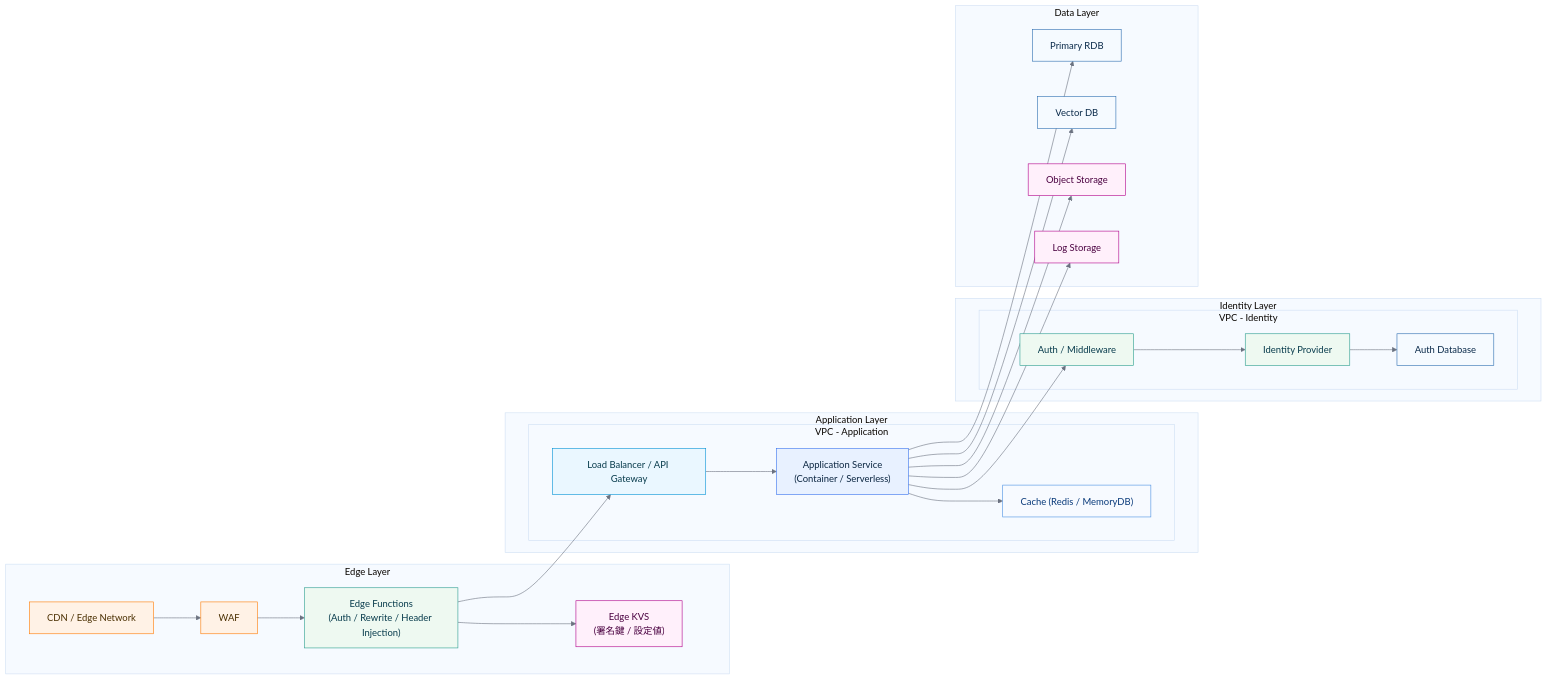
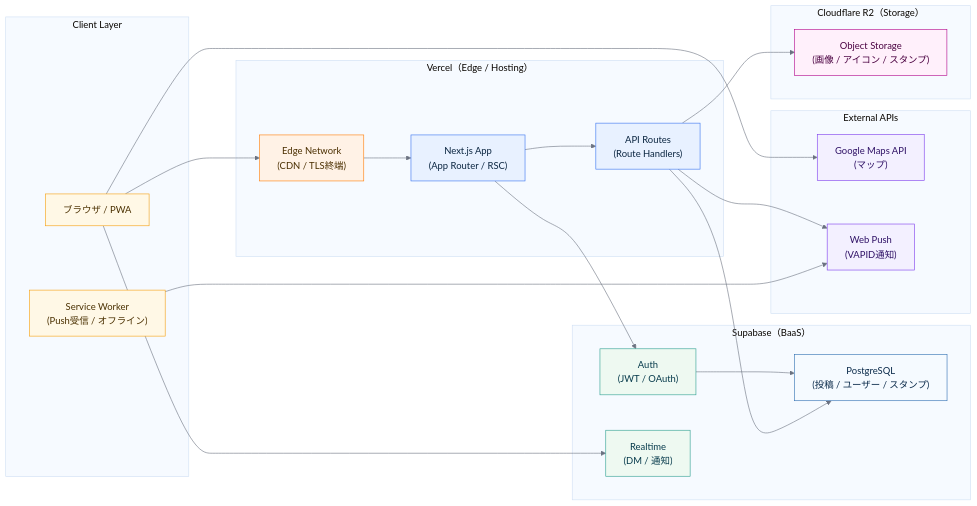
The diagram in docs/07_infrastructure.md (jyogi-web/Jyogi_SNS), drawn with Mermaid before and after one commit. The commit also changed other lines of this file, not shown here.

````diff
--- a/docs/07_infrastructure.md
+++ b/docs/07_infrastructure.md
@@ -20,72 +33,69 @@
 flowchart LR
 
     %% =======================
-    %% Edge Layer
+    %% Client Layer
     %% =======================
-    subgraph EDGE["Edge Layer"]
-        CDN["CDN / Edge Network"]:::edge
-        WAF["WAF"]:::edge
-        EDGE_FUNC["Edge Functions<br/>(Auth / Rewrite / Header Injection)"]:::svc
-        KVS["Edge KVS<br/>(署名鍵 / 設定値)"]:::data
+    subgraph CLIENT["Client Layer"]
+        BROWSER["ブラウザ / PWA"]:::client
+        SW["Service Worker<br/>(Push受信 / オフライン)"]:::client
     end
 
     %% =======================
-    %% Application Layer
+    %% Edge / Hosting Layer
     %% =======================
-    subgraph APP["Application Layer"]
-        subgraph VPC_APP["VPC - Application"]
-            LB["Load Balancer / API Gateway"]:::entry
-            APP_SVC["Application Service<br/>(Container / Serverless)"]:::app
-            CACHE["Cache (Redis / MemoryDB)"]:::cache
-        end
+    subgraph VERCEL["Vercel（Edge / Hosting）"]
+        EDGE["Edge Network<br/>(CDN / TLS終端)"]:::edge
+        NEXT["Next.js App<br/>(App Router / RSC)"]:::app
+        API_ROUTES["API Routes<br/>(Route Handlers)"]:::app
     end
 
     %% =======================
-    %% Identity Layer
+    %% BaaS Layer
     %% =======================
-    subgraph IDENTITY["Identity Layer"]
-        subgraph VPC_ID["VPC - Identity"]
-            AUTH_SVC["Auth / Middleware"]:::svc
-            IDP["Identity Provider"]:::svc
-            AUTH_DB["Auth Database"]:::db
-        end
+    subgraph SUPABASE["Supabase（BaaS）"]
+        AUTH["Auth<br/>(JWT / OAuth)"]:::svc
+        PGDB["PostgreSQL<br/>(投稿 / ユーザー / スタンプ)"]:::db
+        REALTIME["Realtime<br/>(DM / 通知)"]:::svc
     end
 
     %% =======================
-    %% Data Layer
+    %% Storage Layer
     %% =======================
-    subgraph DATA["Data Layer"]
-        RDB["Primary RDB"]:::db
-        VECTOR["Vector DB"]:::db
-        STORAGE["Object Storage"]:::data
-        LOGS["Log Storage"]:::data
+    subgraph STORAGE["Cloudflare R2（Storage）"]
+        R2["Object Storage<br/>(画像 / アイコン / スタンプ)"]:::data
+    end
+
+    %% =======================
+    %% External APIs
+    %% =======================
+    subgraph EXTERNAL["External APIs"]
+        MAPS["Google Maps API<br/>(マップ)"]:::ext
+        VAPID["Web Push<br/>(VAPID通知)"]:::ext
     end
 
     %% =======================
     %% 接続
     %% =======================
-    CDN --> WAF
-    WAF --> EDGE_FUNC
-    EDGE_FUNC --> KVS
-    EDGE_FUNC --> LB
-    LB --> APP_SVC
-    APP_SVC --> CACHE
-    APP_SVC --> RDB
-    APP_SVC --> VECTOR
-    APP_SVC --> STORAGE
-    APP_SVC --> AUTH_SVC
-    AUTH_SVC --> IDP
-    IDP --> AUTH_DB
-    APP_SVC --> LOGS
+    BROWSER --> EDGE
+    SW --> VAPID
+    EDGE --> NEXT
+    NEXT --> API_ROUTES
+    NEXT --> AUTH
+    API_ROUTES --> PGDB
+    API_ROUTES --> R2
+    API_ROUTES --> VAPID
+    BROWSER --> MAPS
+    BROWSER --> REALTIME
+    AUTH --> PGDB
 
     %% =======================
     %% Class Definitions
     %% =======================
+    classDef client fill:#fff8e6,stroke:#f59e0b,color:#4a3000;
     classDef edge fill:#fff2e6,stroke:#ff7a00,color:#4a2f00;
+    classDef app fill:#e8f1ff,stroke:#3572ef,color:#0a2540;
     classDef svc fill:#eef9f1,stroke:#2a9d8f,color:#073b4c;
-    classDef app fill:#e8f1ff,stroke:#3572ef,color:#0a2540;
-    classDef entry fill:#eaf7ff,stroke:#0091d5,color:#073b4c;
     classDef db fill:#f5faff,stroke:#2b6cb0,color:#0a2a4a;
     classDef data fill:#fff0fb,stroke:#b1008a,color:#4a0040;
-    classDef cache fill:#f7faff,stroke:#4a90e2,color:#093a7a;
+    classDef ext fill:#f3f0ff,stroke:#7c3aed,color:#2e1065;
 ```
````
